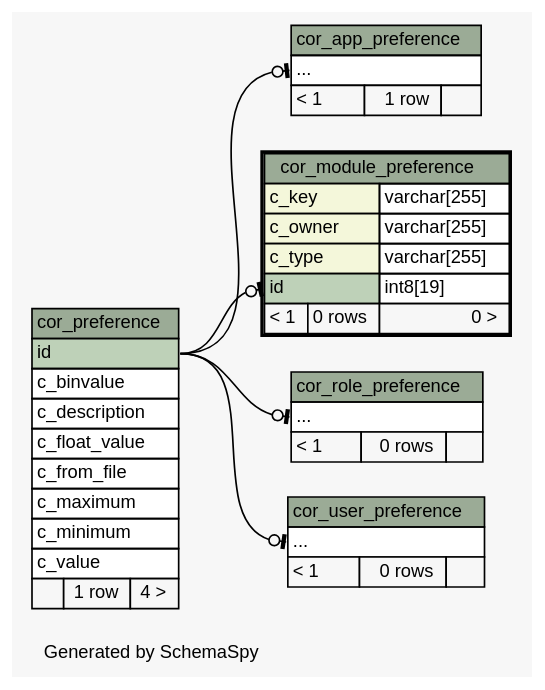
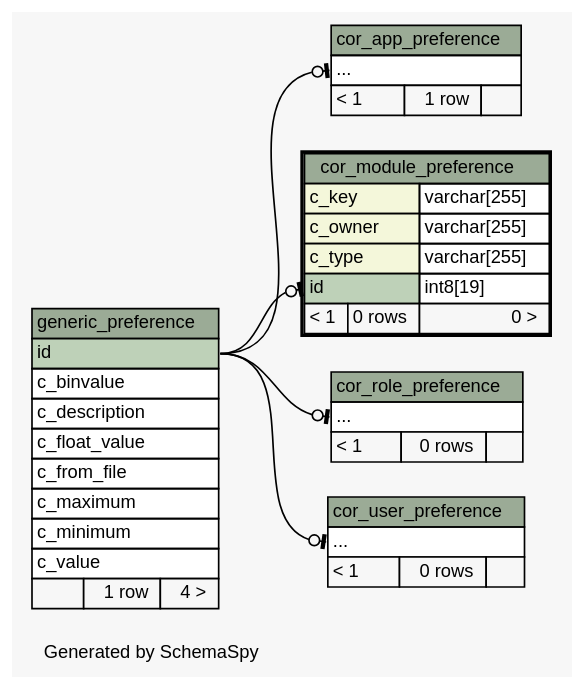
Before and after one commit to openwms/org.openwms.core.preferences.lib: the diagram in schemaspy/diagrams/cor_module_preference.2degrees.dot, drawn with Graphviz. The commit also changed 270 other files, not shown here.

```diff
--- a/schemaspy/diagrams/cor_module_preference.2degrees.dot
+++ b/schemaspy/diagrams/cor_module_preference.2degrees.dot
@@ -1,86 +1,86 @@
-// dot 2.38.0 on Linux 4.15.0-1037-gcp
+// dot 2.36.0 on Linux 4.4.0-101-generic
 // SchemaSpy rev Unknown
 digraph "twoDegreesRelationshipsDiagram" {
   graph [
     rankdir="RL"
     bgcolor="#f7f7f7"
     label="\nGenerated by SchemaSpy"
     labeljust="l"
     nodesep="0.18"
     ranksep="0.46"
     fontname="Helvetica"
     fontsize="11"
   ];
   node [
     fontname="Helvetica"
     fontsize="11"
     shape="plaintext"
   ];
   edge [
     arrowsize="0.8"
   ];
-  "cor_app_preference":"elipses":w -> "cor_preference":"id":e [arrowhead=none dir=back arrowtail=teeodot];
-  "cor_module_preference":"id":w -> "cor_preference":"id":e [arrowhead=none dir=back arrowtail=teeodot];
-  "cor_role_preference":"elipses":w -> "cor_preference":"id":e [arrowhead=none dir=back arrowtail=teeodot];
-  "cor_user_preference":"elipses":w -> "cor_preference":"id":e [arrowhead=none dir=back arrowtail=teeodot];
+  "cor_app_preference":"elipses":w -> "generic_preference":"id":e [arrowhead=none dir=back arrowtail=teeodot];
+  "cor_module_preference":"id":w -> "generic_preference":"id":e [arrowhead=none dir=back arrowtail=teeodot];
+  "cor_role_preference":"elipses":w -> "generic_preference":"id":e [arrowhead=none dir=back arrowtail=teeodot];
+  "cor_user_preference":"elipses":w -> "generic_preference":"id":e [arrowhead=none dir=back arrowtail=teeodot];
   "cor_app_preference" [
     label=<
     <TABLE BORDER="0" CELLBORDER="1" CELLSPACING="0" BGCOLOR="#ffffff">
       <TR><TD COLSPAN="3" BGCOLOR="#9bab96" ALIGN="CENTER">cor_app_preference</TD></TR>
       <TR><TD PORT="elipses" COLSPAN="3" ALIGN="LEFT">...</TD></TR>
       <TR><TD ALIGN="LEFT" BGCOLOR="#f7f7f7">&lt; 1</TD><TD ALIGN="RIGHT" BGCOLOR="#f7f7f7">1 row</TD><TD ALIGN="RIGHT" BGCOLOR="#f7f7f7">  </TD></TR>
     </TABLE>>
     URL="cor_app_preference.html"
     tooltip="cor_app_preference"
   ];
   "cor_module_preference" [
     label=<
     <TABLE BORDER="2" CELLBORDER="1" CELLSPACING="0" BGCOLOR="#ffffff">
       <TR><TD COLSPAN="3" BGCOLOR="#9bab96" ALIGN="CENTER">cor_module_preference</TD></TR>
       <TR><TD PORT="c_key" COLSPAN="2" BGCOLOR="#f4f7da" ALIGN="LEFT">c_key</TD><TD PORT="c_key.type" ALIGN="LEFT">varchar[255]</TD></TR>
       <TR><TD PORT="c_owner" COLSPAN="2" BGCOLOR="#f4f7da" ALIGN="LEFT">c_owner</TD><TD PORT="c_owner.type" ALIGN="LEFT">varchar[255]</TD></TR>
       <TR><TD PORT="c_type" COLSPAN="2" BGCOLOR="#f4f7da" ALIGN="LEFT">c_type</TD><TD PORT="c_type.type" ALIGN="LEFT">varchar[255]</TD></TR>
       <TR><TD PORT="id" COLSPAN="2" BGCOLOR="#bed1b8" ALIGN="LEFT">id</TD><TD PORT="id.type" ALIGN="LEFT">int8[19]</TD></TR>
       <TR><TD ALIGN="LEFT" BGCOLOR="#f7f7f7">&lt; 1</TD><TD ALIGN="RIGHT" BGCOLOR="#f7f7f7">0 rows</TD><TD ALIGN="RIGHT" BGCOLOR="#f7f7f7">0 &gt;</TD></TR>
     </TABLE>>
     URL="cor_module_preference.html"
     tooltip="cor_module_preference"
   ];
-  "cor_preference" [
-    label=<
-    <TABLE BORDER="0" CELLBORDER="1" CELLSPACING="0" BGCOLOR="#ffffff">
-      <TR><TD COLSPAN="3" BGCOLOR="#9bab96" ALIGN="CENTER">cor_preference</TD></TR>
-      <TR><TD PORT="id" COLSPAN="3" BGCOLOR="#bed1b8" ALIGN="LEFT">id</TD></TR>
-      <TR><TD PORT="c_binvalue" COLSPAN="3" ALIGN="LEFT">c_binvalue</TD></TR>
-      <TR><TD PORT="c_description" COLSPAN="3" ALIGN="LEFT">c_description</TD></TR>
-      <TR><TD PORT="c_float_value" COLSPAN="3" ALIGN="LEFT">c_float_value</TD></TR>
-      <TR><TD PORT="c_from_file" COLSPAN="3" ALIGN="LEFT">c_from_file</TD></TR>
-      <TR><TD PORT="c_maximum" COLSPAN="3" ALIGN="LEFT">c_maximum</TD></TR>
-      <TR><TD PORT="c_minimum" COLSPAN="3" ALIGN="LEFT">c_minimum</TD></TR>
-      <TR><TD PORT="c_value" COLSPAN="3" ALIGN="LEFT">c_value</TD></TR>
-      <TR><TD ALIGN="LEFT" BGCOLOR="#f7f7f7">  </TD><TD ALIGN="RIGHT" BGCOLOR="#f7f7f7">1 row</TD><TD ALIGN="RIGHT" BGCOLOR="#f7f7f7">4 &gt;</TD></TR>
-    </TABLE>>
-    URL="cor_preference.html"
-    tooltip="cor_preference"
-  ];
   "cor_role_preference" [
     label=<
     <TABLE BORDER="0" CELLBORDER="1" CELLSPACING="0" BGCOLOR="#ffffff">
       <TR><TD COLSPAN="3" BGCOLOR="#9bab96" ALIGN="CENTER">cor_role_preference</TD></TR>
       <TR><TD PORT="elipses" COLSPAN="3" ALIGN="LEFT">...</TD></TR>
       <TR><TD ALIGN="LEFT" BGCOLOR="#f7f7f7">&lt; 1</TD><TD ALIGN="RIGHT" BGCOLOR="#f7f7f7">0 rows</TD><TD ALIGN="RIGHT" BGCOLOR="#f7f7f7">  </TD></TR>
     </TABLE>>
     URL="cor_role_preference.html"
     tooltip="cor_role_preference"
   ];
   "cor_user_preference" [
     label=<
     <TABLE BORDER="0" CELLBORDER="1" CELLSPACING="0" BGCOLOR="#ffffff">
       <TR><TD COLSPAN="3" BGCOLOR="#9bab96" ALIGN="CENTER">cor_user_preference</TD></TR>
       <TR><TD PORT="elipses" COLSPAN="3" ALIGN="LEFT">...</TD></TR>
       <TR><TD ALIGN="LEFT" BGCOLOR="#f7f7f7">&lt; 1</TD><TD ALIGN="RIGHT" BGCOLOR="#f7f7f7">0 rows</TD><TD ALIGN="RIGHT" BGCOLOR="#f7f7f7">  </TD></TR>
     </TABLE>>
     URL="cor_user_preference.html"
     tooltip="cor_user_preference"
   ];
+  "generic_preference" [
+    label=<
+    <TABLE BORDER="0" CELLBORDER="1" CELLSPACING="0" BGCOLOR="#ffffff">
+      <TR><TD COLSPAN="3" BGCOLOR="#9bab96" ALIGN="CENTER">generic_preference</TD></TR>
+      <TR><TD PORT="id" COLSPAN="3" BGCOLOR="#bed1b8" ALIGN="LEFT">id</TD></TR>
+      <TR><TD PORT="c_binvalue" COLSPAN="3" ALIGN="LEFT">c_binvalue</TD></TR>
+      <TR><TD PORT="c_description" COLSPAN="3" ALIGN="LEFT">c_description</TD></TR>
+      <TR><TD PORT="c_float_value" COLSPAN="3" ALIGN="LEFT">c_float_value</TD></TR>
+      <TR><TD PORT="c_from_file" COLSPAN="3" ALIGN="LEFT">c_from_file</TD></TR>
+      <TR><TD PORT="c_maximum" COLSPAN="3" ALIGN="LEFT">c_maximum</TD></TR>
+      <TR><TD PORT="c_minimum" COLSPAN="3" ALIGN="LEFT">c_minimum</TD></TR>
+      <TR><TD PORT="c_value" COLSPAN="3" ALIGN="LEFT">c_value</TD></TR>
+      <TR><TD ALIGN="LEFT" BGCOLOR="#f7f7f7">  </TD><TD ALIGN="RIGHT" BGCOLOR="#f7f7f7">1 row</TD><TD ALIGN="RIGHT" BGCOLOR="#f7f7f7">4 &gt;</TD></TR>
+    </TABLE>>
+    URL="generic_preference.html"
+    tooltip="generic_preference"
+  ];
 }
```
